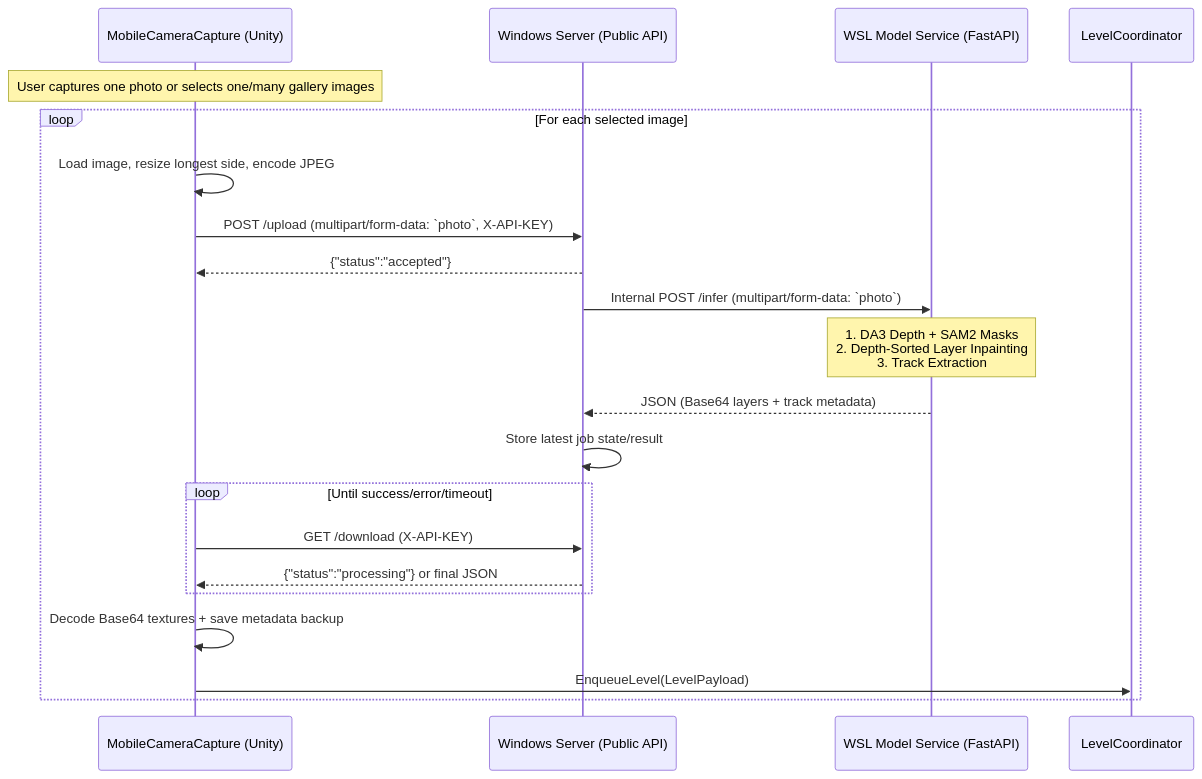
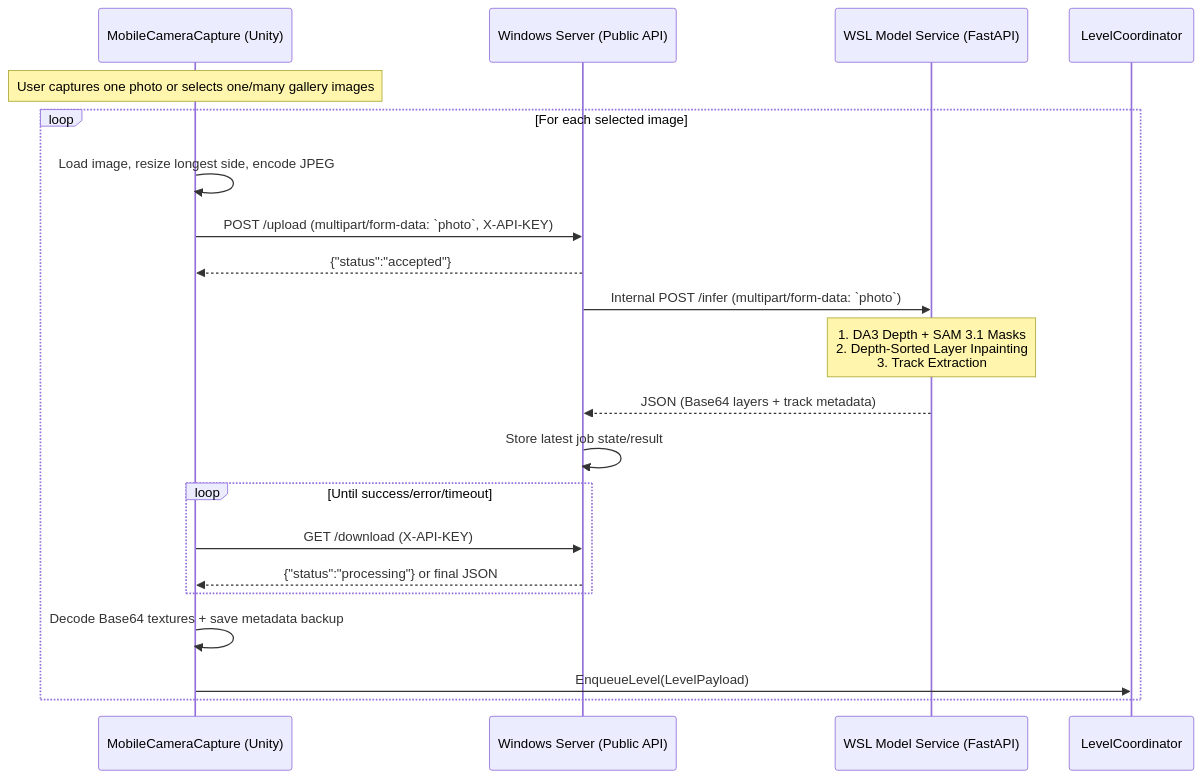
The diagram in README.md (ryder1018/skateboard-META), drawn with Mermaid before and after one commit. The commit also changed other lines of this file and 25 other files, not shown here.

````diff
--- a/README.md
+++ b/README.md
@@ -45,26 +45,26 @@
 ```mermaid
 sequenceDiagram
     participant Mobile as MobileCameraCapture (Unity)
     participant Win as Windows Server (Public API)
     participant WSL as WSL Model Service (FastAPI)
     participant Level as LevelCoordinator
 
     Note over Mobile: User captures one photo or selects one/many gallery images
     loop For each selected image
         Mobile->>Mobile: Load image, resize longest side, encode JPEG
         Mobile->>Win: POST /upload (multipart/form-data: `photo`, X-API-KEY)
         Win-->>Mobile: {"status":"accepted"}
         Win->>WSL: Internal POST /infer (multipart/form-data: `photo`)
 
-        Note over WSL: 1. DA3 Depth + SAM2 Masks<br/>2. Depth-Sorted Layer Inpainting<br/>3. Track Extraction
+        Note over WSL: 1. DA3 Depth + SAM 3.1 Masks<br/>2. Depth-Sorted Layer Inpainting<br/>3. Track Extraction
 
         WSL-->>Win: JSON (Base64 layers + track metadata)
         Win->>Win: Store latest job state/result
         loop Until success/error/timeout
             Mobile->>Win: GET /download (X-API-KEY)
             Win-->>Mobile: {"status":"processing"} or final JSON
         end
         Mobile->>Mobile: Decode Base64 textures + save metadata backup
         Mobile->>Level: EnqueueLevel(LevelPayload)
     end
 ```
````
